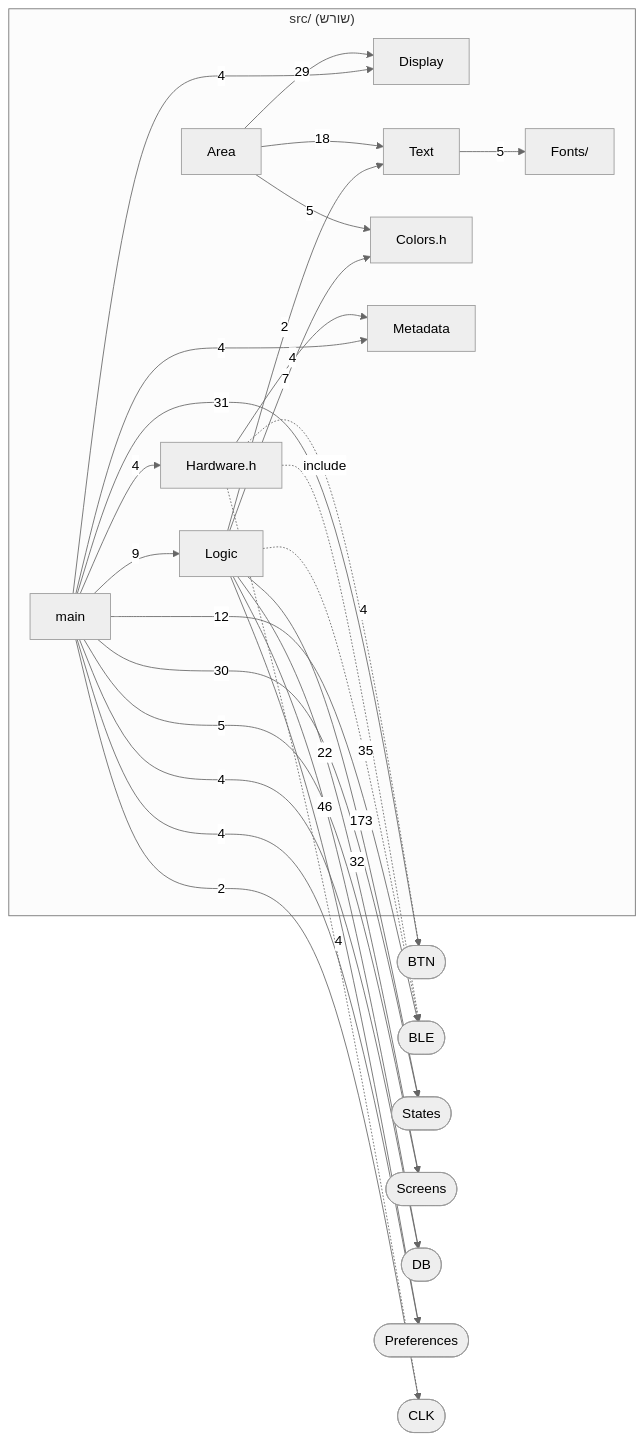
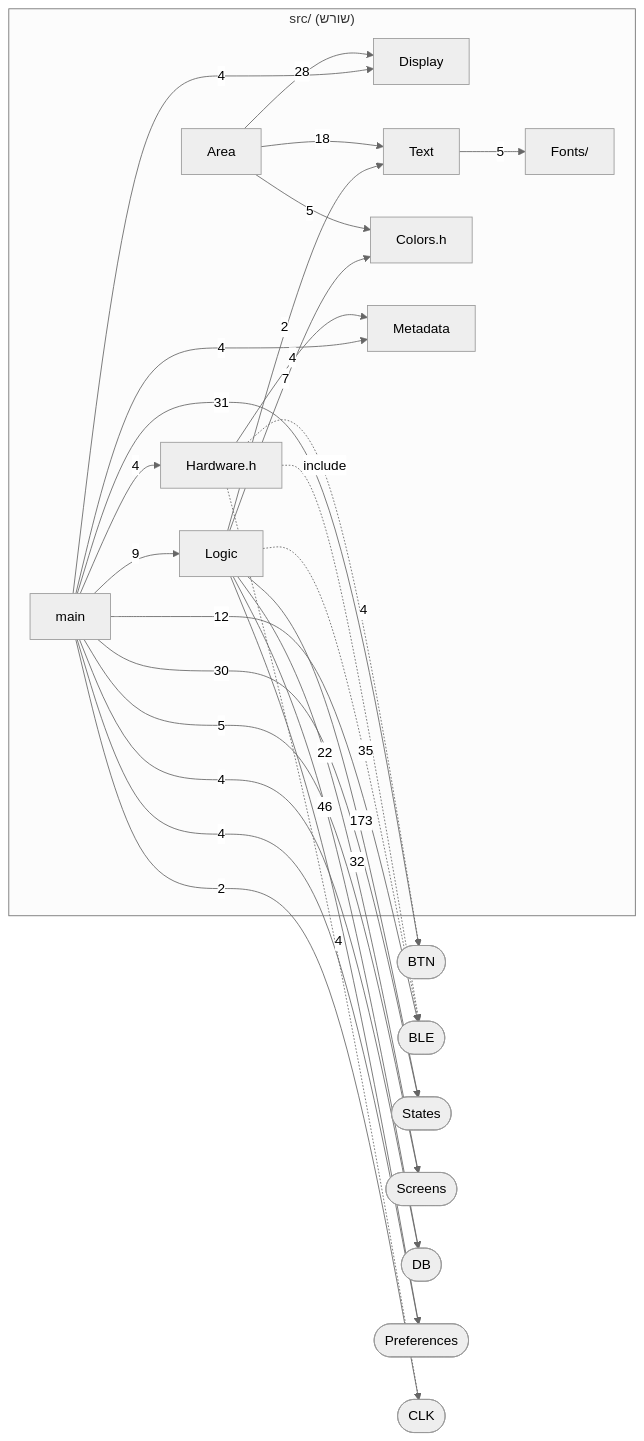
One commit to yeudap/ledhaarets-fw changed the second of 9 diagrams in docs/architecture/dependencies.md. Above: the diagram before and after it, drawn with Mermaid (neutral theme). The commit also changed other lines of this file and 5 other files, not shown here.

````diff
--- a/docs/architecture/dependencies.md
+++ b/docs/architecture/dependencies.md
@@ -653,49 +653,49 @@
 ```mermaid
 flowchart LR
   subgraph ROOT["src/ (שורש)"]
     MAIN["main"]
     LOGIC["Logic"]
     HWH["Hardware.h"]
     DISPLAY["Display"]
     AREA["Area"]
     TEXT["Text"]
     COLORS["Colors.h"]
     FONTS["Fonts/"]
     META["Metadata"]
   end
   XBTN(["BTN"])
   XBLE(["BLE"])
   XSTATES(["States"])
   XSCREENS(["Screens"])
   XDB(["DB"])
   XPREFS(["Preferences"])
   XCLK(["CLK"])
 
   MAIN -->|9| LOGIC
   MAIN -->|4| DISPLAY
   MAIN -->|4| META
   MAIN -->|4| HWH
   HWH -->|4| META
   LOGIC -->|7| COLORS
   LOGIC -->|2| TEXT
-  AREA -->|29| DISPLAY
+  AREA -->|28| DISPLAY
   AREA -->|18| TEXT
   AREA -->|5| COLORS
   TEXT -->|5| FONTS
 
   MAIN -->|31| XBTN
   MAIN -->|30| XSTATES
   MAIN -->|12| XBLE
   MAIN -->|5| XSCREENS
   MAIN -->|4| XDB
   MAIN -->|4| XPREFS
   MAIN -->|2| XCLK
   LOGIC -->|173| XSTATES
   LOGIC -->|46| XPREFS
   LOGIC -.->|35| XBLE
   LOGIC -->|32| XSCREENS
   LOGIC -->|22| XDB
   HWH -.->|4| XBTN
   HWH -.->|4| XCLK
   HWH -.->|include| XBLE
 ```
````
